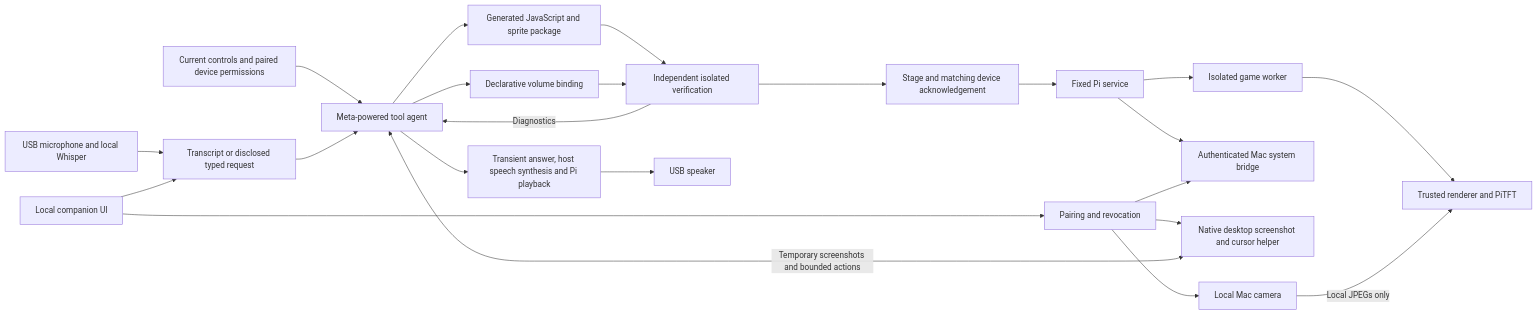
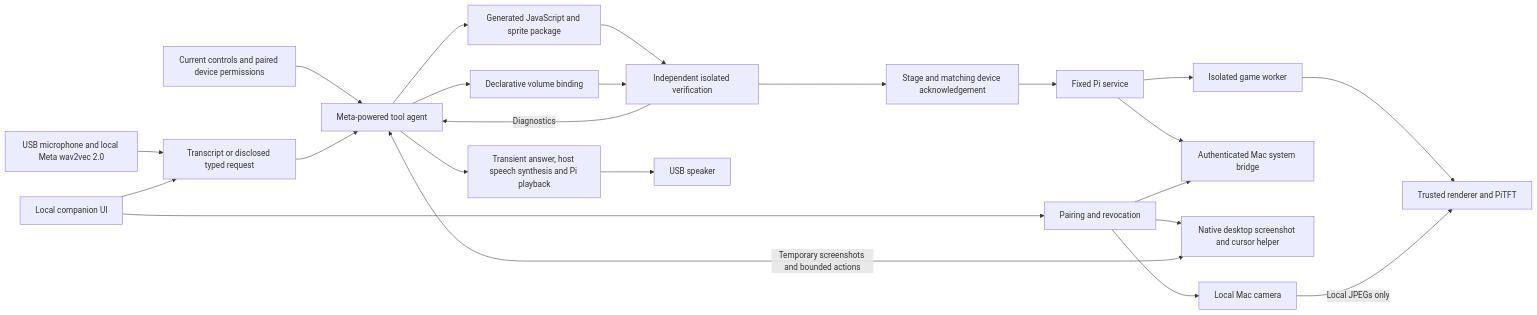
Before and after one commit to Divyesh-Thirukonda/cruise: the diagram in context/architecture.md, drawn with Mermaid. The commit also changed other lines of this file and 36 other files, not shown here.

````diff
--- a/context/architecture.md
+++ b/context/architecture.md
@@ -40,25 +41,25 @@
 ```mermaid
 flowchart LR
-    V[USB microphone and local Whisper] --> Q[Transcript or disclosed typed request]
+    V[USB microphone and local Meta wav2vec 2.0] --> Q[Transcript or disclosed typed request]
     C[Current controls and paired device permissions] --> M[Meta-powered tool agent]
     Q --> M
     M --> G[Generated JavaScript and sprite package]
     M --> B[Declarative volume binding]
     G --> T[Independent isolated verification]
     B --> T
     T -->|Diagnostics| M
     T --> A[Stage and matching device acknowledgement]
     A --> R[Fixed Pi service]
     R --> J[Isolated game worker]
     J --> D[Trusted renderer and PiTFT]
     R --> H[Authenticated Mac system bridge]
     U[Local companion UI] --> Q
     U --> P[Pairing and revocation]
     P --> H
     P --> N[Native desktop screenshot and cursor helper]
     M <-->|Temporary screenshots and bounded actions| N
     P --> K[Local Mac camera]
     K -->|Local JPEGs only| D
     M --> E[Transient answer, host speech synthesis and Pi playback]
     E --> O[USB speaker]
 ```
````
